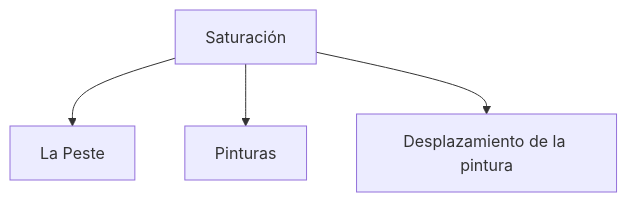
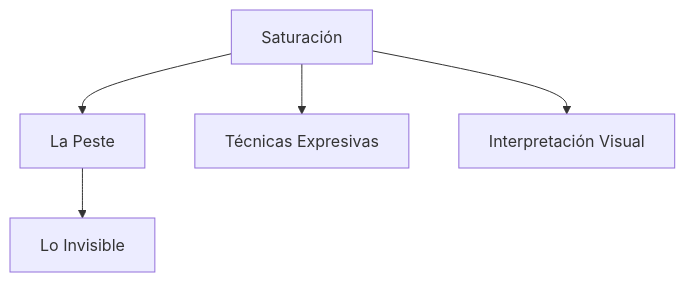
Before and after one commit to EGGS-Artesvisuales/EGGS-Artesvisuales.github.io: the diagram in ES/saturacion.md, drawn with Mermaid. The commit also changed other lines of this file, not shown here.

```diff
--- a/ES/saturacion.md
+++ b/ES/saturacion.md
@@ -17,12 +65,13 @@
 <div class="mermaid">
 graph TD
     S[Saturación]
     S --> P[La Peste]
-    S --> T[Pinturas]
-    S --> I[Desplazamiento de la pintura]
-
+    S --> T[Técnicas Expresivas]
+    S --> I[Interpretación Visual]
+    P --> U[Lo Invisible]
+    
     click S "saturacion.html" "Descubre más sobre Saturación"
     click P "la-peste.html" "Explorar La Peste"
     click T "tecnicas-expresivas.html" "Ver Técnicas Expresivas"
     click I "interpretacion-visual.html" "Interpretación Visual"
 </div>
```
